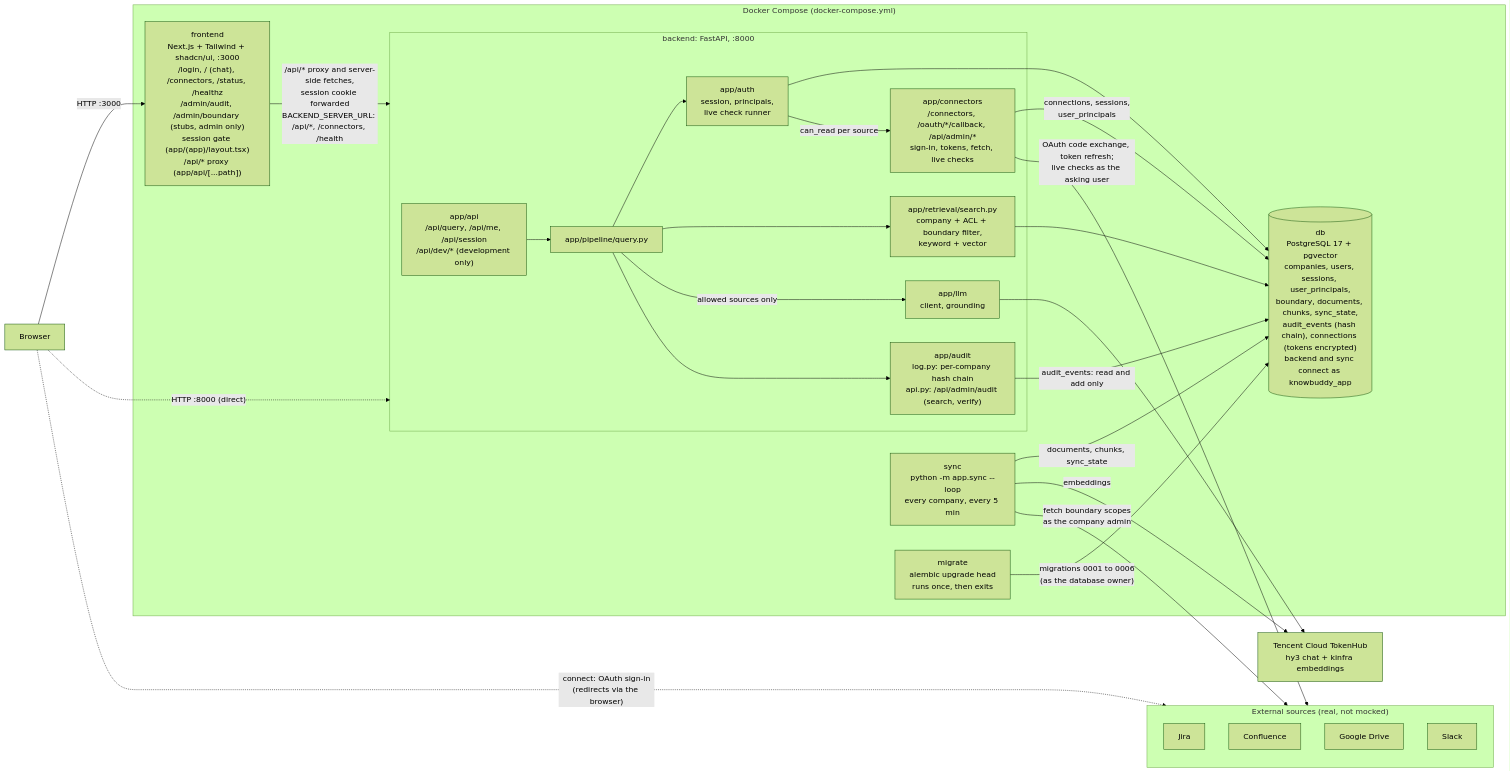
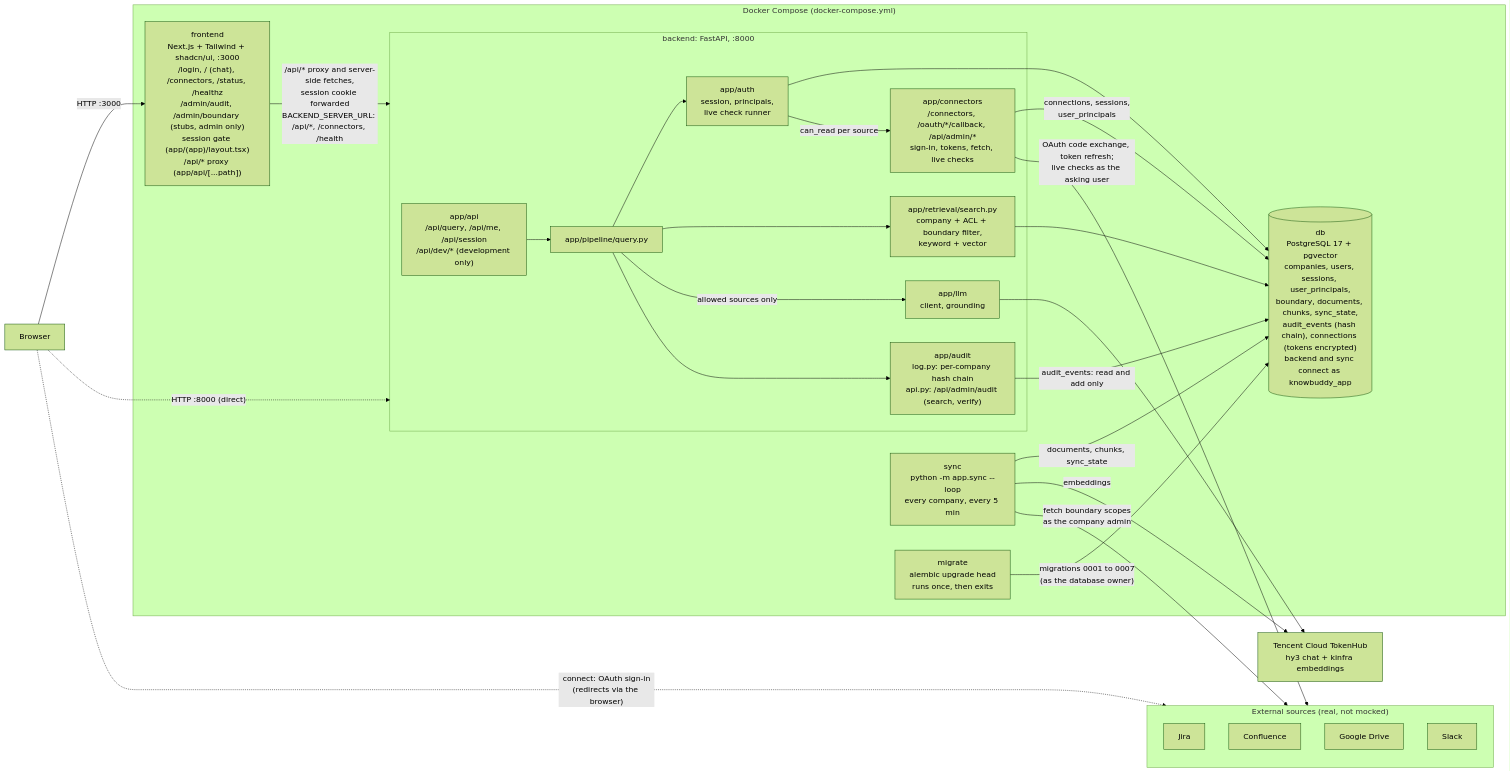
Before and after one commit to gabriel-wan/tencent-hackathon-fintech: the diagram in docs/architecture/CURRENT.md, drawn with Mermaid (forest theme). The commit also changed 2 other files, not shown here.

Commit message:
docs: mention migration 0007 and the app's own login
The docs written before PR #11's review fixes said the app "runs as"
knowbuddy_app and listed migrations up to 0006.

````diff
--- a/docs/architecture/CURRENT.md
+++ b/docs/architecture/CURRENT.md
@@ -8,50 +8,50 @@
 ```mermaid
 flowchart LR
     USER["Browser"]
     TH["Tencent Cloud TokenHub<br/>hy3 chat + kinfra embeddings"]
 
     subgraph COMPOSE["Docker Compose (docker-compose.yml)"]
         FE["frontend<br/>Next.js + Tailwind + shadcn/ui, :3000<br/>/login, / (chat), /connectors, /status, /healthz<br/>/admin/audit, /admin/boundary (stubs, admin only)<br/>session gate (app/(app)/layout.tsx)<br/>/api/* proxy (app/api/[...path])"]
         subgraph BE["backend: FastAPI, :8000"]
             API["app/api<br/>/api/query, /api/me, /api/session<br/>/api/dev/* (development only)"]
             PIPE["app/pipeline/query.py"]
             AUTH["app/auth<br/>session, principals,<br/>live check runner"]
             SEARCH["app/retrieval/search.py<br/>company + ACL + boundary filter,<br/>keyword + vector"]
             LLMC["app/llm<br/>client, grounding"]
             AUD["app/audit<br/>log.py: per-company hash chain<br/>api.py: /api/admin/audit (search, verify)"]
             CONN["app/connectors<br/>/connectors, /oauth/*/callback, /api/admin/*<br/>sign-in, tokens, fetch, live checks"]
         end
         SYNC["sync<br/>python -m app.sync --loop<br/>every company, every 5 min"]
         MIG["migrate<br/>alembic upgrade head<br/>runs once, then exits"]
         DB[("db<br/>PostgreSQL 17 + pgvector<br/>companies, users, sessions, user_principals,<br/>boundary, documents, chunks, sync_state,<br/>audit_events (hash chain), connections (tokens encrypted)<br/>backend and sync connect as knowbuddy_app")]
     end
 
-    MIG -->|"migrations 0001 to 0006<br/>(as the database owner)"| DB
+    MIG -->|"migrations 0001 to 0007<br/>(as the database owner)"| DB
     USER -->|"HTTP :3000"| FE
     USER -.->|"HTTP :8000 (direct)"| BE
     FE -->|"/api/* proxy and server-side fetches,<br/>session cookie forwarded<br/>BACKEND_SERVER_URL: /api/*, /connectors, /health"| BE
     API --> PIPE
     PIPE --> AUTH
     PIPE --> SEARCH
     PIPE -->|"allowed sources only"| LLMC
     PIPE --> AUD
     SEARCH --> DB
     AUTH --> DB
     AUD -->|"audit_events: read and add only"| DB
     LLMC --> TH
     CONN -->|"connections, sessions,<br/>user_principals"| DB
 
     subgraph SRC["External sources (real, not mocked)"]
         JI["Jira"]
         CF["Confluence"]
         GD["Google Drive"]
         SL["Slack"]
     end
 
     USER -.->|"connect: OAuth sign-in<br/>(redirects via the browser)"| SRC
     CONN -->|"OAuth code exchange, token refresh;<br/>live checks as the asking user"| SRC
     AUTH -->|"can_read per source"| CONN
     SYNC -->|"fetch boundary scopes<br/>as the company admin"| SRC
     SYNC -->|"documents, chunks, sync_state"| DB
     SYNC -->|"embeddings"| TH
 ```
````
